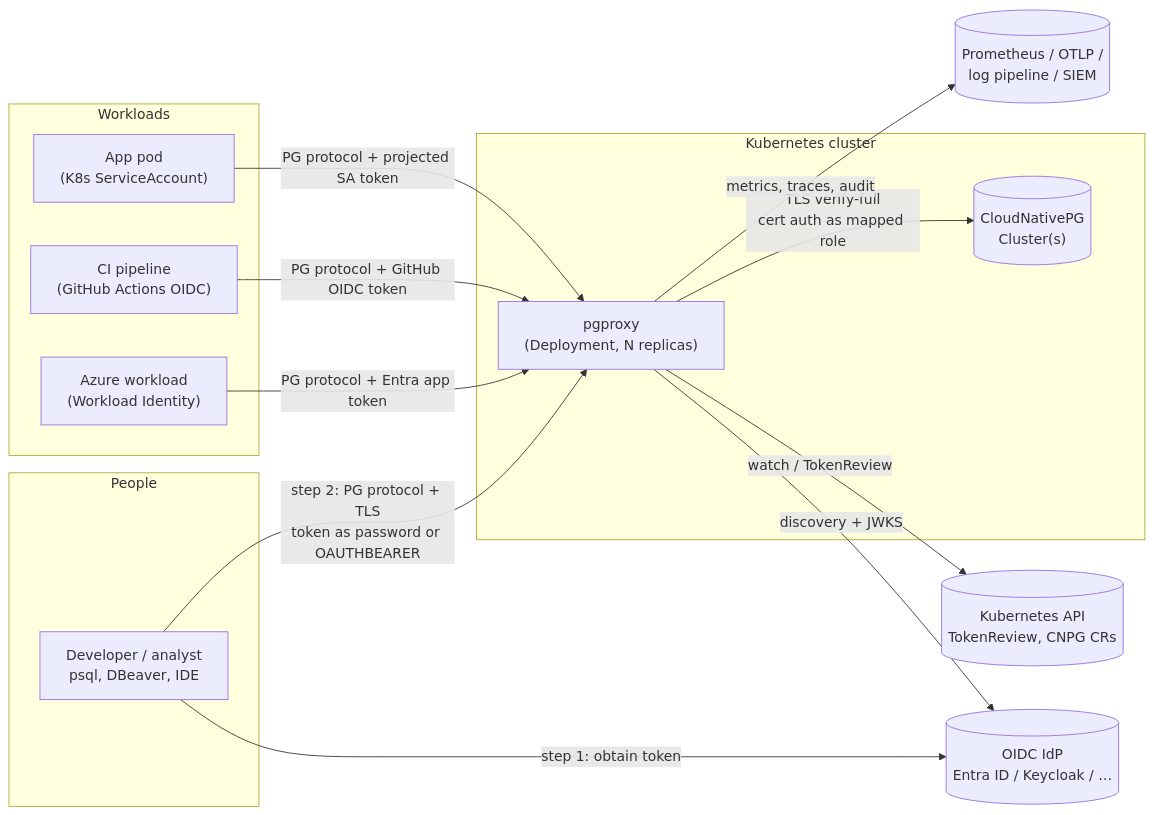
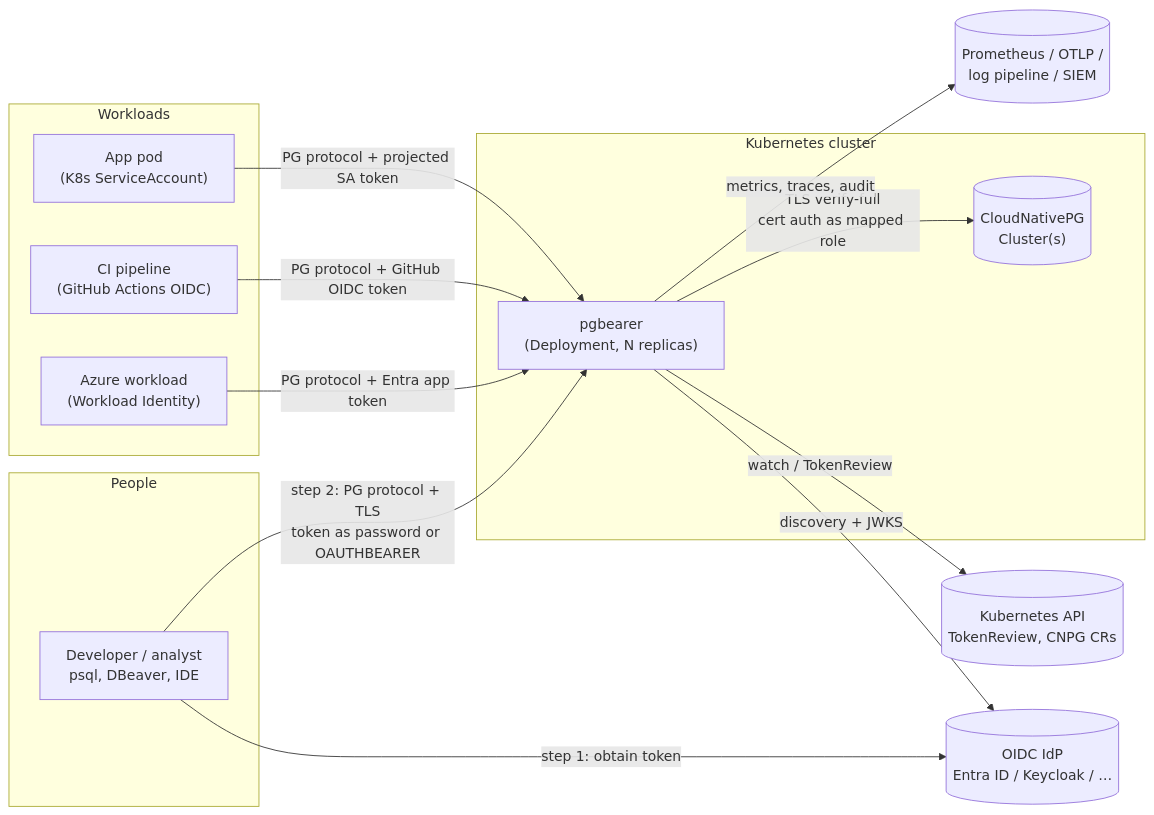
The first of 4 diagrams in ARCHITECTURE.md (egkristi/pgbearer), drawn with Mermaid before and after one commit. The commit also changed other lines of this file and 2 other files, not shown here.

First line of the commit message:
Rename project from pgproxy to pgbearer

````diff
--- a/ARCHITECTURE.md
+++ b/ARCHITECTURE.md
@@ -94,28 +94,28 @@
 ```mermaid
 flowchart LR
     subgraph People
         dev["Developer / analyst<br/>psql, DBeaver, IDE"]
     end
     subgraph Workloads
         app["App pod<br/>(K8s ServiceAccount)"]
         ci["CI pipeline<br/>(GitHub Actions OIDC)"]
         azwl["Azure workload<br/>(Workload Identity)"]
     end
     idp[("OIDC IdP<br/>Entra ID / Keycloak / …")]
     k8sapi[("Kubernetes API<br/>TokenReview, CNPG CRs")]
     subgraph Cluster["Kubernetes cluster"]
-        pgp["pgproxy<br/>(Deployment, N replicas)"]
+        pgp["pgbearer<br/>(Deployment, N replicas)"]
         cnpg[("CloudNativePG<br/>Cluster(s)")]
     end
     obs[("Prometheus / OTLP /<br/>log pipeline / SIEM")]
 
     dev -- "step 1: obtain token" --> idp
     dev -- "step 2: PG protocol + TLS<br/>token as password or OAUTHBEARER" --> pgp
     app -- "PG protocol + projected SA token" --> pgp
     ci -- "PG protocol + GitHub OIDC token" --> pgp
     azwl -- "PG protocol + Entra app token" --> pgp
     pgp -- "discovery + JWKS" --> idp
     pgp -- "watch / TokenReview" --> k8sapi
     pgp -- "TLS verify-full<br/>cert auth as mapped role" --> cnpg
     pgp -- "metrics, traces, audit" --> obs
 ```
````
